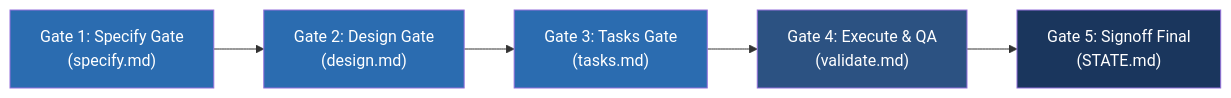
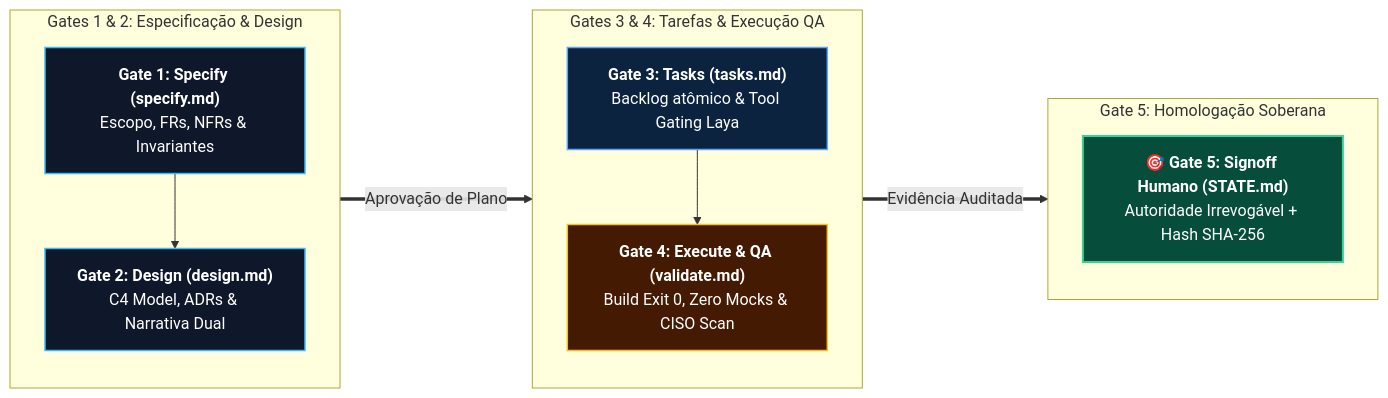
The diagram in projects/Living Architecture PCL AEOS/docs/governance/README.md (EnterDufter/PromptCoreLabs_AEOS), drawn with Mermaid before and after one commit. The commit also changed other lines of this file and 34 other files, not shown here.

First line of the commit message:
docs(aeos-v3.6): upgrade complete repository & Living Architecture portal with pure UTF-8, Dual-Track narrative & Cortex v7 diagrams

````diff
--- a/projects/Living Architecture PCL AEOS/docs/governance/README.md
+++ b/projects/Living Architecture PCL AEOS/docs/governance/README.md
@@ -13,13 +13,28 @@
 ```mermaid
-graph LR
-    G1["Gate 1: Specify Gate\n(specify.md)"] --> G2["Gate 2: Design Gate\n(design.md)"]
-    G2 --> G3["Gate 3: Tasks Gate\n(tasks.md)"]
-    G3 --> G4["Gate 4: Execute & QA\n(validate.md)"]
-    G4 --> G5["Gate 5: Signoff Final\n(STATE.md)"]
+flowchart LR
+    classDef g12 fill:#0f172a,stroke:#38bdf8,stroke-width:1.5px,color:#ffffff;
+    classDef g34 fill:#0c2340,stroke:#60a5fa,stroke-width:1.5px,color:#ffffff;
+    classDef qa fill:#451a03,stroke:#fbbf24,stroke-width:1.5px,color:#ffffff;
+    classDef sign fill:#064e3b,stroke:#34d399,stroke-width:2px,color:#ffffff;
 
-    style G1 fill:#2b6cb0,color:#fff
-    style G2 fill:#2b6cb0,color:#fff
-    style G3 fill:#2b6cb0,color:#fff
-    style G4 fill:#2c5282,color:#fff
-    style G5 fill:#1a365d,color:#fff
+    subgraph FaseSpec ["Gates 1 & 2: Especificação & Design"]
+        direction TB
+        G1["<b>Gate 1: Specify (specify.md)</b><br/>Escopo, FRs, NFRs & Invariantes"]:::g12
+        G2["<b>Gate 2: Design (design.md)</b><br/>C4 Model, ADRs & Narrativa Dual"]:::g12
+        G1 --> G2
+    end
+
+    subgraph FaseExec ["Gates 3 & 4: Tarefas & Execução QA"]
+        direction TB
+        G3["<b>Gate 3: Tasks (tasks.md)</b><br/>Backlog atômico & Tool Gating Laya"]:::g34
+        G4["<b>Gate 4: Execute & QA (validate.md)</b><br/>Build Exit 0, Zero Mocks & CISO Scan"]:::qa
+        G3 --> G4
+    end
+
+    subgraph FaseSign ["Gate 5: Homologação Soberana"]
+        direction TB
+        G5["<b>🎯 Gate 5: Signoff Humano (STATE.md)</b><br/>Autoridade Irrevogável + Hash SHA-256"]:::sign
+    end
+
+    FaseSpec ==>|"Aprovação de Plano"| FaseExec ==>|"Evidência Auditada"| FaseSign
 ```
````
